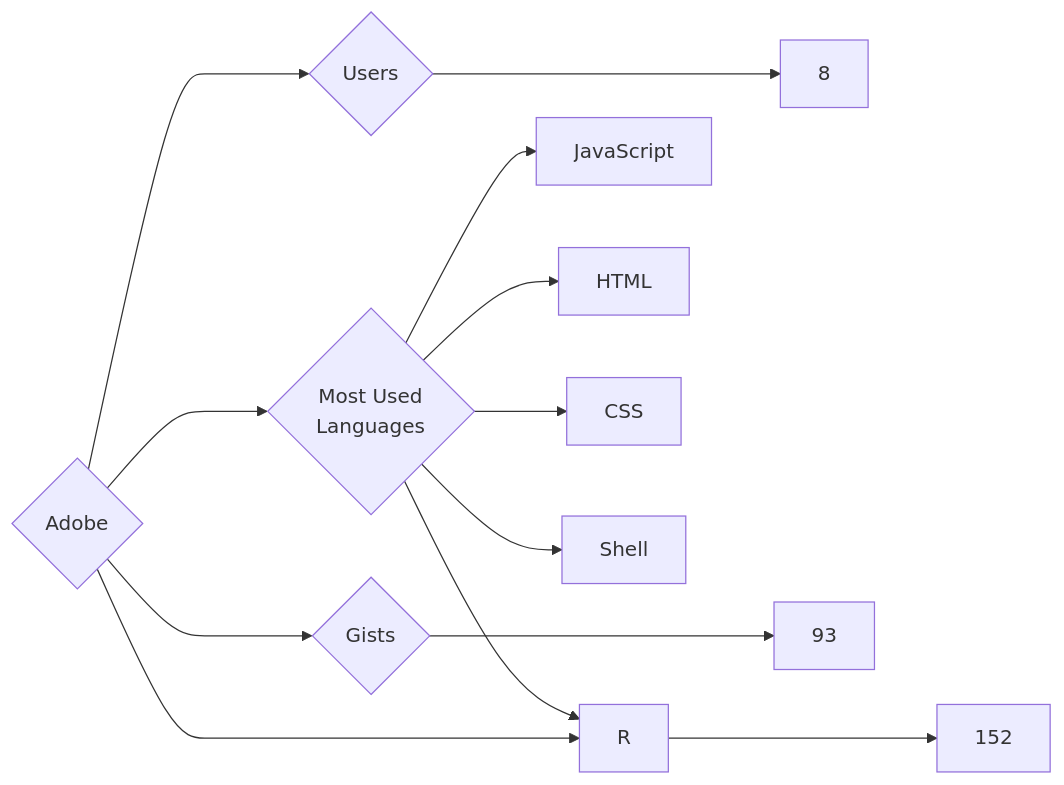
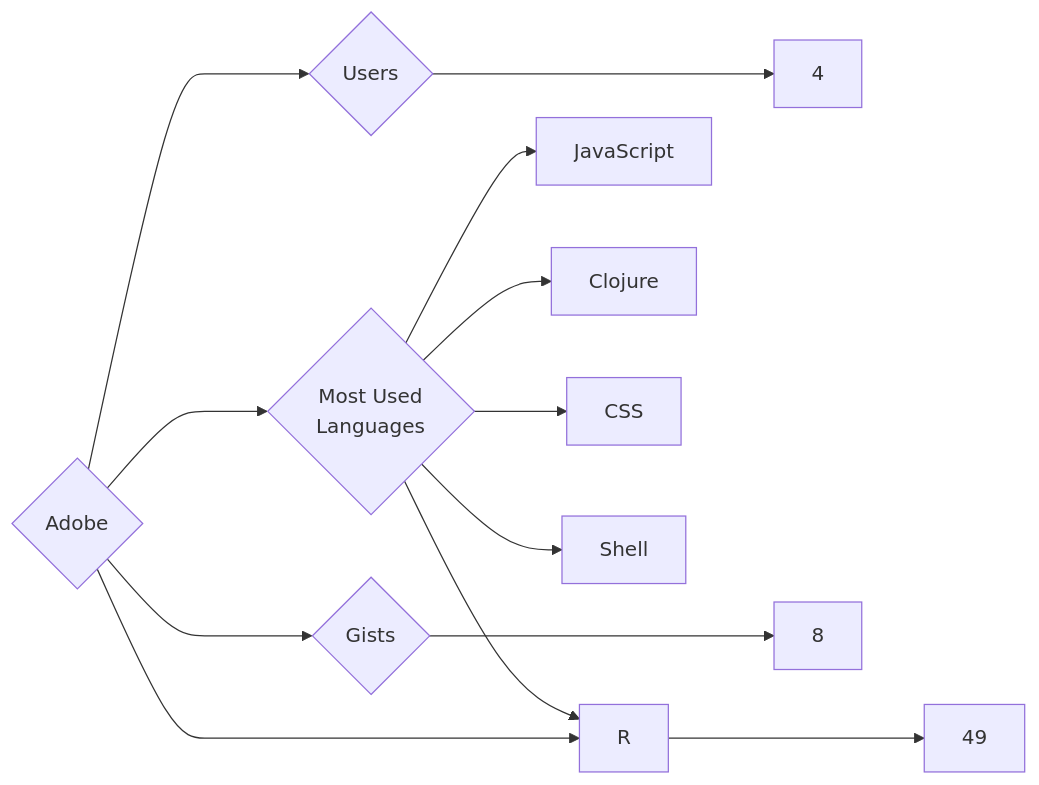
The diagram in targets/Adobe/README.md (trickest/insiders), drawn with Mermaid before and after one commit. The commit also changed 942 other files, not shown here.

````diff
--- a/targets/Adobe/README.md
+++ b/targets/Adobe/README.md
@@ -3,13 +3,13 @@
 ```mermaid
 graph LR
 COMPANY_NAME{Adobe}
-COMPANY_NAME ---> U{Users} ---> UN[8]
-COMPANY_NAME ---> R{Repositories} ---> RN[152]
-COMPANY_NAME ---> G{Gists} ---> GN[93]
+COMPANY_NAME ---> U{Users} ---> UN[4]
+COMPANY_NAME ---> R{Repositories} ---> RN[49]
+COMPANY_NAME ---> G{Gists} ---> GN[8]
 COMPANY_NAME ---> ML{Most Used<br>Languages}
 ML --> JavaScript[JavaScript]
-ML --> HTML[HTML]
+ML --> R[R]
+ML --> Clojure[Clojure]
 ML --> CSS[CSS]
 ML --> Shell[Shell]
-ML --> R[R]
 ```
````
